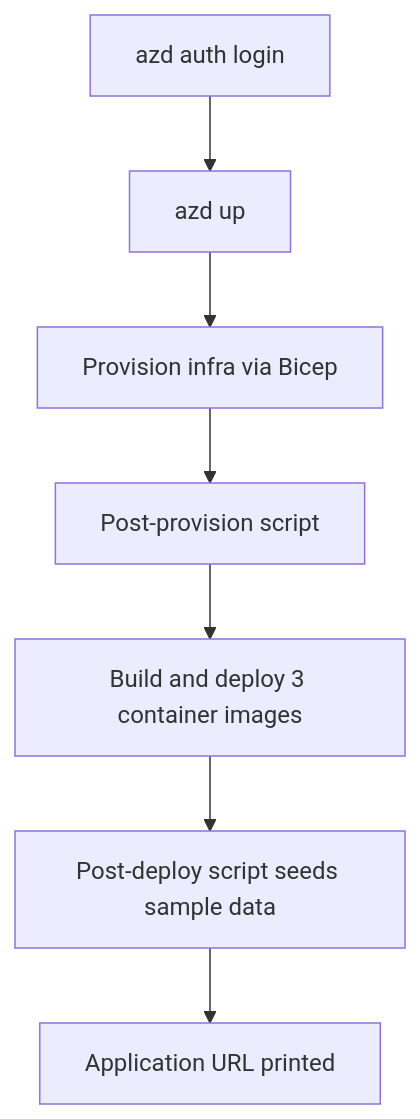
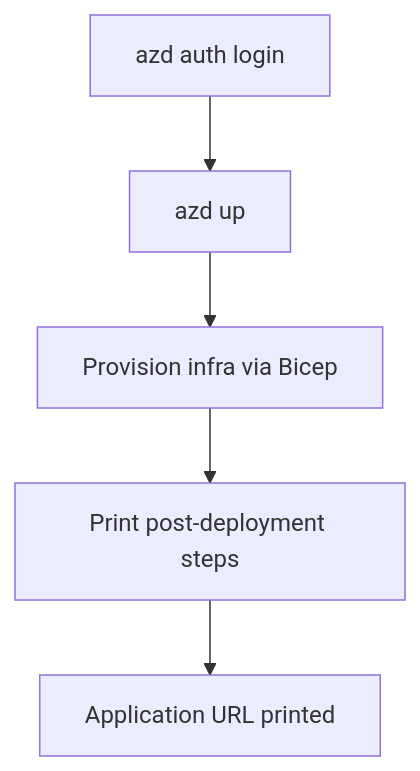
The diagram in docs/DeploymentGuide.md (PadhiAjit-Microsoft/chat-with-your-data-solution-accelerator), drawn with Mermaid before and after one commit. The commit also changed other lines of this file and 19 other files, not shown here.

````diff
--- a/docs/DeploymentGuide.md
+++ b/docs/DeploymentGuide.md
@@ -316,9 +316,7 @@
 ```mermaid
 flowchart TD
   A[azd auth login] --> B[azd up]
   B --> C[Provision infra via Bicep]
-  C --> D[Post-provision script]
-  D --> E[Build and deploy 3 container images]
-  E --> F[Post-deploy script seeds sample data]
-  F --> G[Application URL printed]
+  C --> D[Print post-deployment steps]
+  D --> E[Application URL printed]
 ```
````
